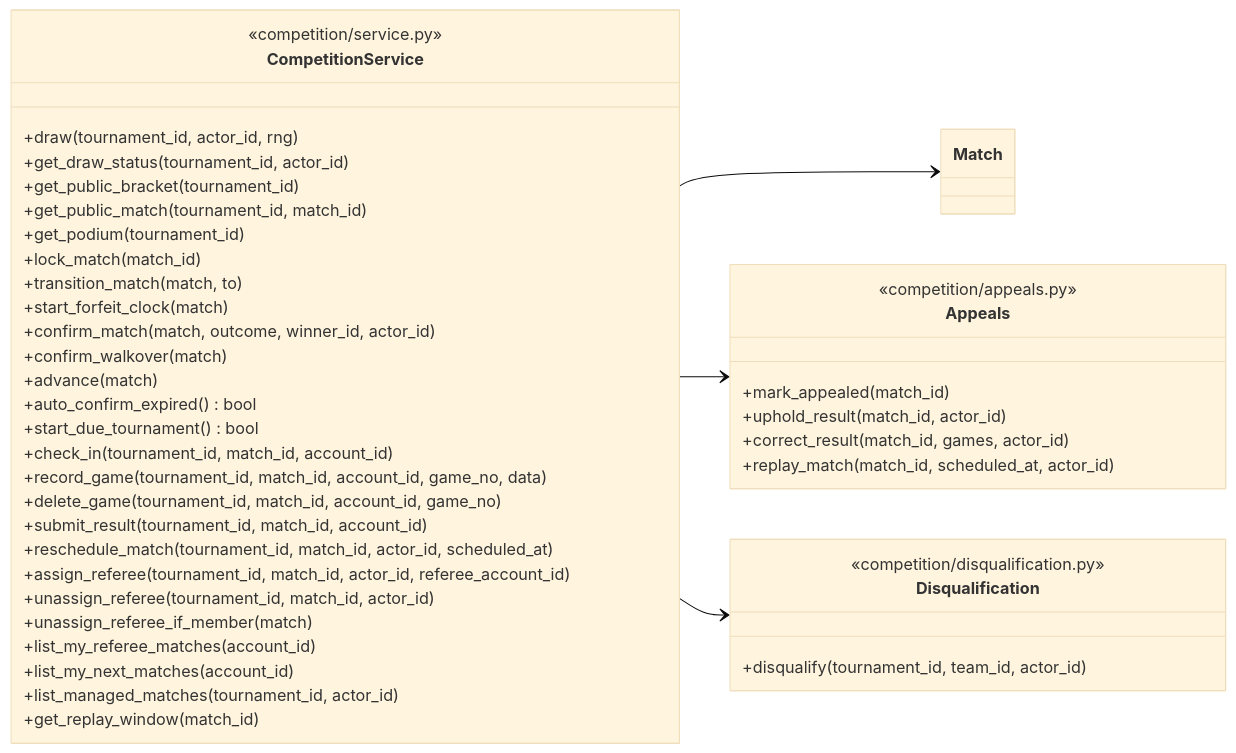
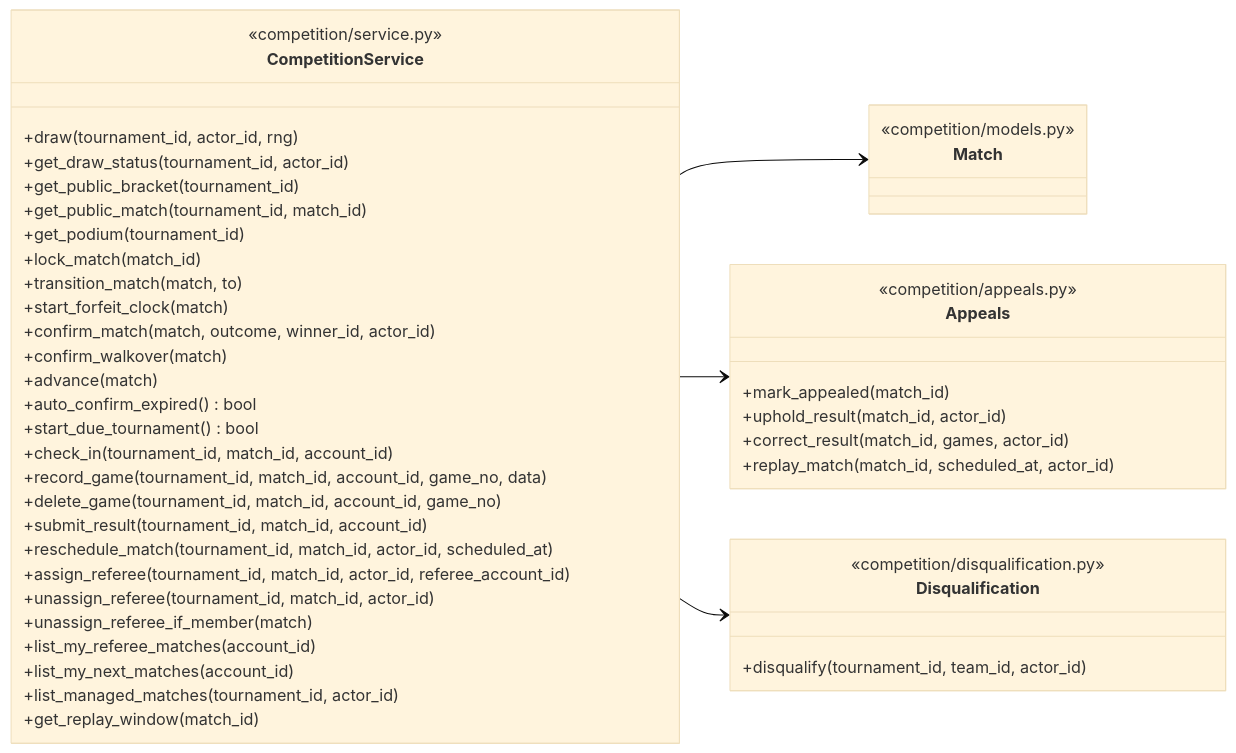
Before and after one commit to Team14good/esport-platform: diagram 11 of 15 in docs/midterm/D-物件設計文件.md, drawn with Mermaid (base theme). The commit also changed other lines of this file and 23 other files, not shown here.

First line of the commit message:
docs: 依 PR #92 審查修正 B、C、D 的圖與程式標註

````diff
--- a/docs/midterm/D-物件設計文件.md
+++ b/docs/midterm/D-物件設計文件.md
@@ -586,47 +591,49 @@
 ```mermaid
 classDiagram
   direction LR
-  class Match
+  class Match {
+    <<competition/models.py>>
+  }
   class CompetitionService {
     <<competition/service.py>>
     +draw(tournament_id, actor_id, rng)
     +get_draw_status(tournament_id, actor_id)
     +get_public_bracket(tournament_id)
     +get_public_match(tournament_id, match_id)
     +get_podium(tournament_id)
     +lock_match(match_id)
     +transition_match(match, to)
     +start_forfeit_clock(match)
     +confirm_match(match, outcome, winner_id, actor_id)
     +confirm_walkover(match)
     +advance(match)
     +auto_confirm_expired() bool
     +start_due_tournament() bool
     +check_in(tournament_id, match_id, account_id)
     +record_game(tournament_id, match_id, account_id, game_no, data)
     +delete_game(tournament_id, match_id, account_id, game_no)
     +submit_result(tournament_id, match_id, account_id)
     +reschedule_match(tournament_id, match_id, actor_id, scheduled_at)
     +assign_referee(tournament_id, match_id, actor_id, referee_account_id)
     +unassign_referee(tournament_id, match_id, actor_id)
     +unassign_referee_if_member(match)
     +list_my_referee_matches(account_id)
     +list_my_next_matches(account_id)
     +list_managed_matches(tournament_id, actor_id)
     +get_replay_window(match_id)
   }
   class Appeals {
     <<competition/appeals.py>>
     +mark_appealed(match_id)
     +uphold_result(match_id, actor_id)
     +correct_result(match_id, games, actor_id)
     +replay_match(match_id, scheduled_at, actor_id)
   }
   class Disqualification {
     <<competition/disqualification.py>>
     +disqualify(tournament_id, team_id, actor_id)
   }
   CompetitionService --> Match
   CompetitionService --> Appeals
   CompetitionService --> Disqualification
 ```
````
